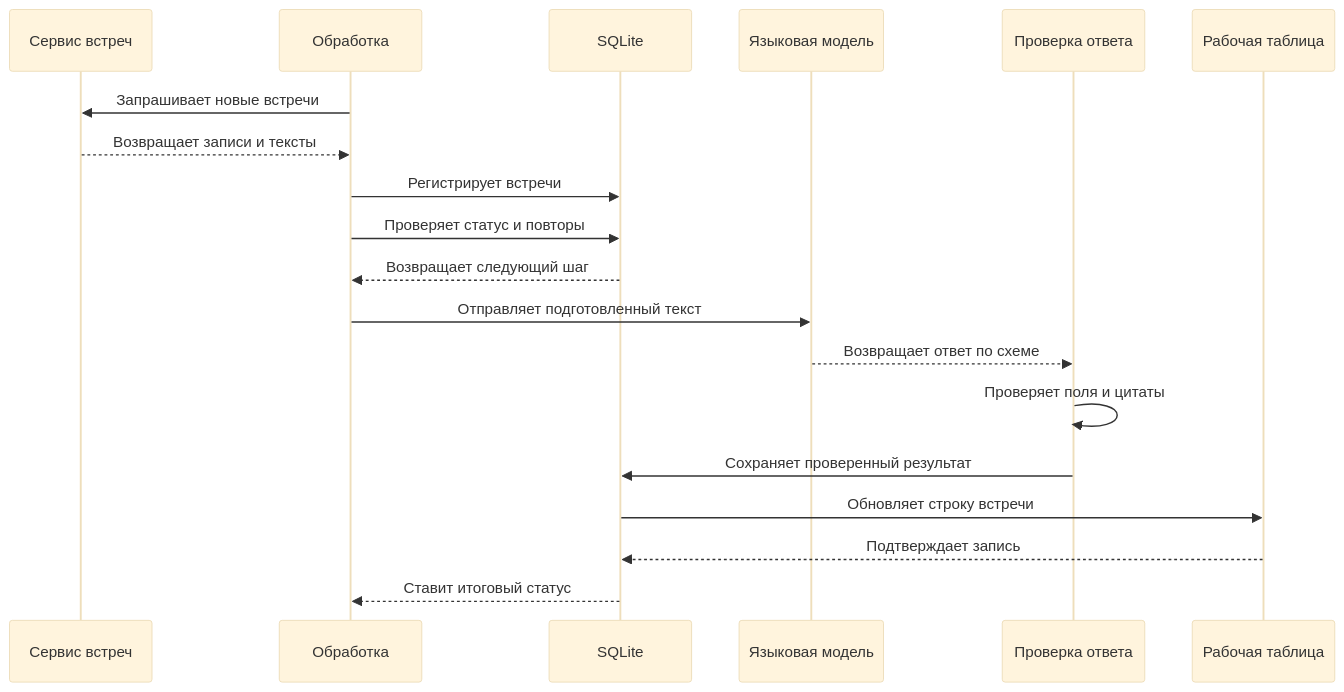
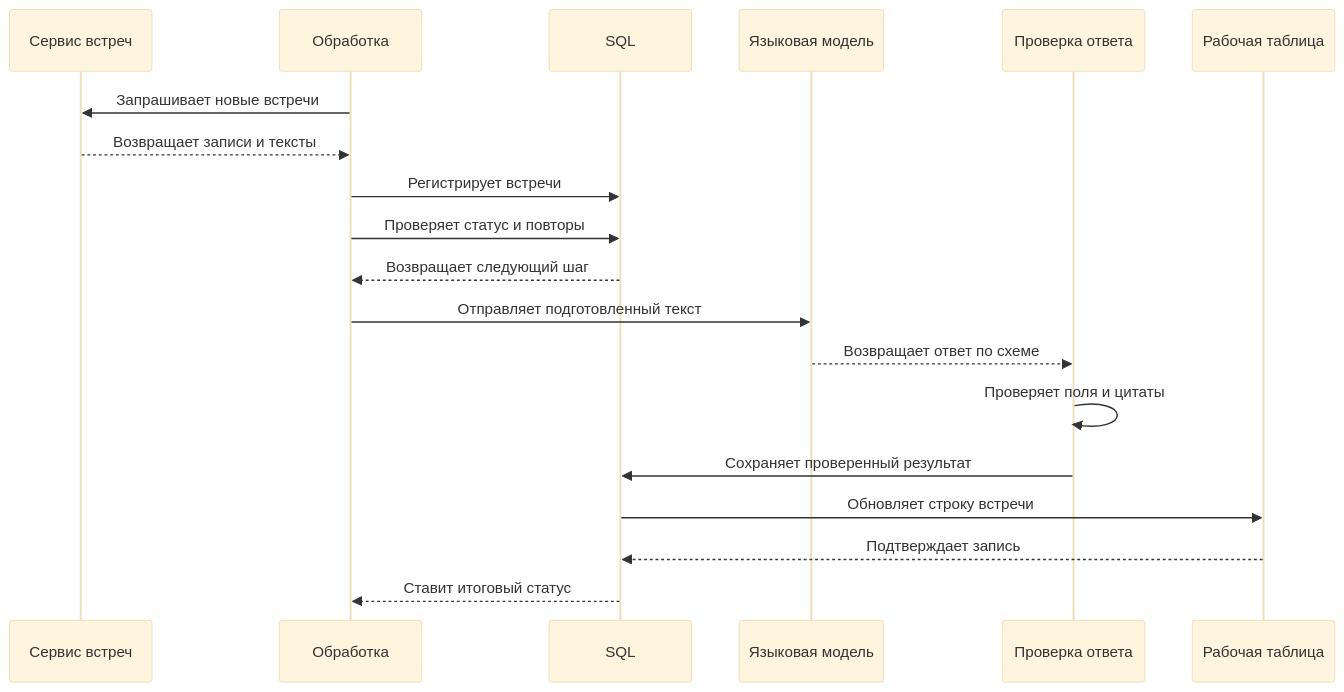
One commit to Inspired-0/Inspired-0 changed the diagram in case-studies/demo-analysis.md. Above: the diagram before and after it, drawn with Mermaid (base theme). The commit also changed other lines of this file, not shown here.

````diff
--- a/case-studies/demo-analysis.md
+++ b/case-studies/demo-analysis.md
@@ -21,22 +17,22 @@
 ```mermaid
 sequenceDiagram
     participant Source as Сервис встреч
     participant Pipeline as Обработка
-    participant State as SQLite
+    participant State as SQL
     participant LLM as Языковая модель
     participant Check as Проверка ответа
     participant Table as Рабочая таблица
 
     Pipeline->>Source: Запрашивает новые встречи
     Source-->>Pipeline: Возвращает записи и тексты
     Pipeline->>State: Регистрирует встречи
     Pipeline->>State: Проверяет статус и повторы
     State-->>Pipeline: Возвращает следующий шаг
     Pipeline->>LLM: Отправляет подготовленный текст
     LLM-->>Check: Возвращает ответ по схеме
     Check->>Check: Проверяет поля и цитаты
     Check->>State: Сохраняет проверенный результат
     State->>Table: Обновляет строку встречи
     Table-->>State: Подтверждает запись
     State-->>Pipeline: Ставит итоговый статус
 ```
````
